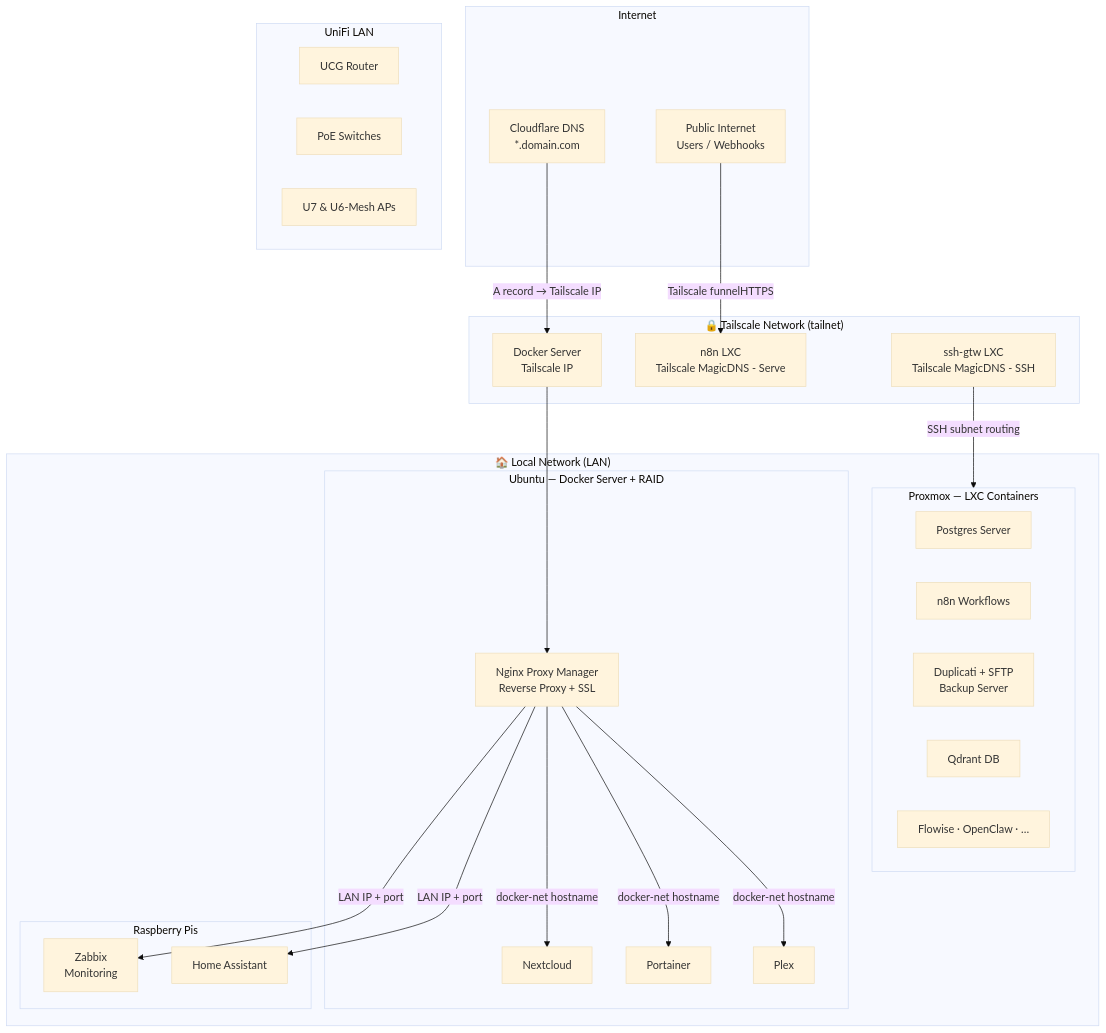
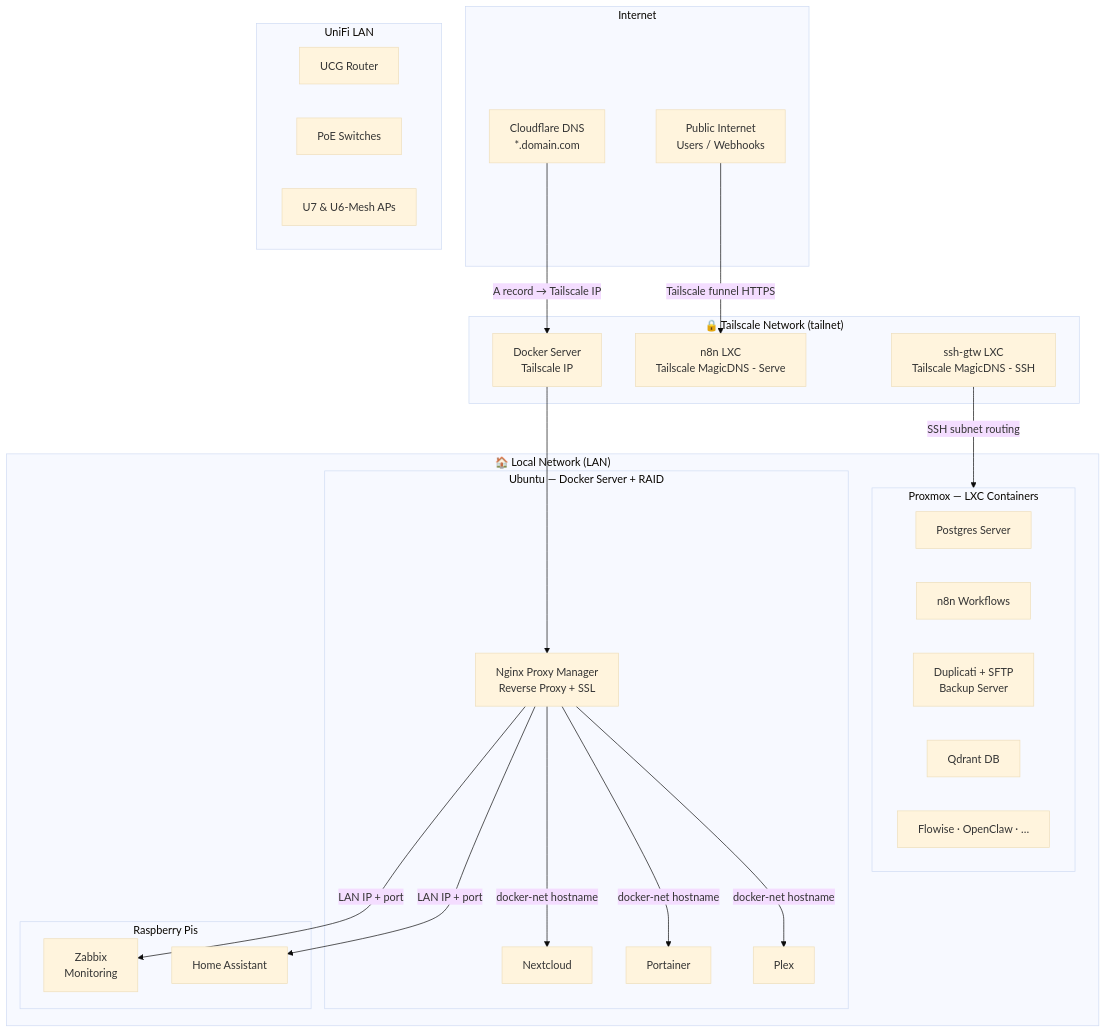
Before and after one commit to jcmarinn/home-lab: the first of 4 diagrams in README.md, drawn with Mermaid (base theme). The commit also changed other lines of this file, not shown here.

````diff
--- a/README.md
+++ b/README.md
@@ -80,47 +80,47 @@
 ```mermaid
 graph TD
     subgraph Internet
         CF[Cloudflare DNS<br/>*.domain.com]
         PUB[Public Internet<br/>Users / Webhooks]
     end
     subgraph Network ["UniFi LAN"]
         UCG[UCG Router]
         SW[PoE Switches]
         AP[U7 & U6-Mesh APs]
     end
     subgraph Tailscale Network ["🔒 Tailscale Network (tailnet)"]
         TS_DOCKER[Docker Server<br/>Tailscale IP]
         TS_N8N[n8n LXC<br/>Tailscale MagicDNS - Serve]
         TS_MDNS[ssh-gtw LXC<br/>Tailscale MagicDNS - SSH]
     end
 
     subgraph LAN ["🏠 Local Network (LAN)"]
         subgraph Proxmox ["Proxmox — LXC Containers"]
             PG[Postgres Server]
             N8N[n8n Workflows]
             DUP[Duplicati + SFTP<br/>Backup Server]
             QDRANT[Qdrant DB]
             TESTING[Flowise · OpenClaw · …]
         end
         subgraph DockerSrv ["Ubuntu — Docker Server + RAID"]
             NPM[Nginx Proxy Manager<br/>Reverse Proxy + SSL]
             NEXTCLOUD[Nextcloud]
             PORTAINER[Portainer]
             PLEX[Plex]
         end
         subgraph RPis ["Raspberry Pis"]
             ZABBIX[Zabbix<br/>Monitoring]
             HA[Home Assistant]
         end
     end
 
     CF -->|A record → Tailscale IP| TS_DOCKER
-    PUB -->|Tailscale funnelHTTPS| TS_N8N
+    PUB -->|Tailscale funnel HTTPS| TS_N8N
     TS_DOCKER --> NPM
     NPM -->|docker-net hostname| NEXTCLOUD
     NPM -->|docker-net hostname| PORTAINER
     NPM -->|docker-net hostname| PLEX
     NPM -->|LAN IP + port| HA
     NPM -->|LAN IP + port| ZABBIX
     TS_MDNS -->|SSH subnet routing| Proxmox
 ```
````
